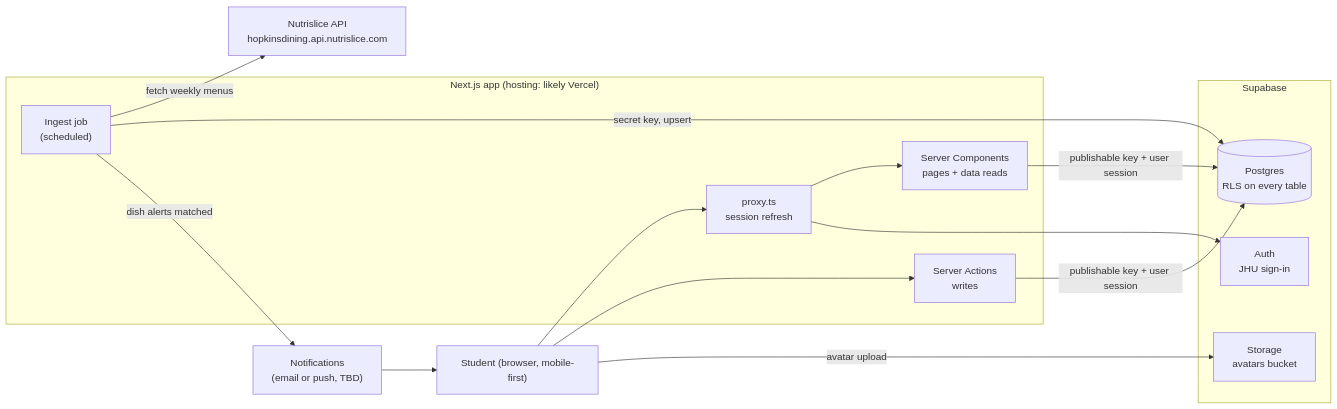
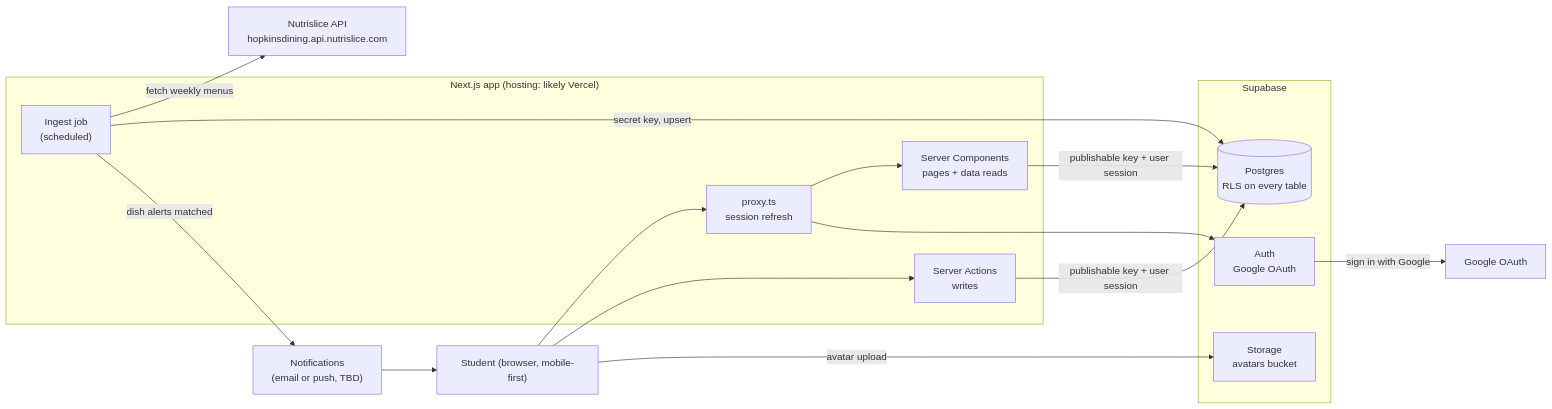
Before and after one commit to JHU-SWEC/slopkins: the diagram in docs/system-design.md, drawn with Mermaid. The commit also changed other lines of this file and 5 other files, not shown here.

First line of the commit message:
docs(auth): switch sign-in to Google OAuth via Supabase Auth

````diff
--- a/docs/system-design.md
+++ b/docs/system-design.md
@@ -7,31 +7,33 @@
 ```mermaid
 flowchart LR
     user["Student (browser, mobile-first)"]
 
     subgraph vercel["Next.js app (hosting: likely Vercel)"]
         proxy["proxy.ts<br/>session refresh"]
         pages["Server Components<br/>pages + data reads"]
         actions["Server Actions<br/>writes"]
         ingest["Ingest job<br/>(scheduled)"]
     end
 
     subgraph supabase["Supabase"]
-        auth["Auth<br/>JHU sign-in"]
+        auth["Auth<br/>Google OAuth"]
         db[("Postgres<br/>RLS on every table")]
         storage["Storage<br/>avatars bucket"]
     end
 
+    google["Google OAuth"]
     nutrislice["Nutrislice API<br/>hopkinsdining.api.nutrislice.com"]
     notify["Notifications<br/>(email or push, TBD)"]
 
     user --> proxy --> pages
     user --> actions
     pages -- "publishable key + user session" --> db
     actions -- "publishable key + user session" --> db
     proxy --> auth
+    auth -- "sign in with Google" --> google
     user -- "avatar upload" --> storage
     ingest -- "fetch weekly menus" --> nutrislice
     ingest -- "secret key, upsert" --> db
     ingest -- "dish alerts matched" --> notify
     notify --> user
 ```
````
